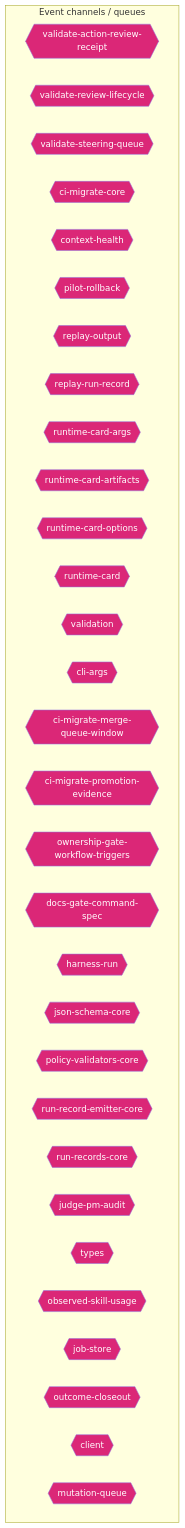
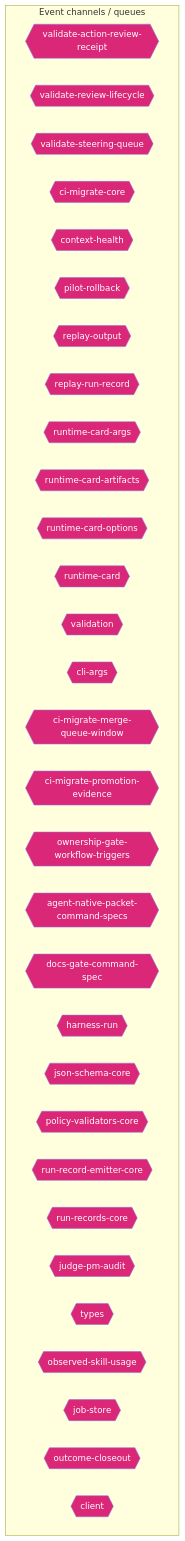
Before and after one commit to jscraik/coding-harness: the ninth of 14 diagrams in AI/context/diagram-context.md, drawn with Mermaid. The commit also changed other lines of this file and 2 other files, not shown here.

Commit message:
chore(diagram): refresh review architecture

````diff
--- a/AI/context/diagram-context.md
+++ b/AI/context/diagram-context.md
@@ -1846,38 +1852,38 @@
 ```mermaid
 flowchart TD
   subgraph Channels["Event channels / queues"]
     validate_action_review_receipt_fa2f06c3{{"validate-action-review-receipt"}}
     validate_review_lifecycle_0b410d1e{{"validate-review-lifecycle"}}
     validate_steering_queue_4bc0cc94{{"validate-steering-queue"}}
     ci_migrate_core_7005b5af{{"ci-migrate-core"}}
     context_health_80bb7da9{{"context-health"}}
     pilot_rollback_00c1f82c{{"pilot-rollback"}}
     replay_output_993eda9e{{"replay-output"}}
     replay_run_record_9a08cce2{{"replay-run-record"}}
     runtime_card_args_2b3d4b28{{"runtime-card-args"}}
     runtime_card_artifacts_143b799c{{"runtime-card-artifacts"}}
     runtime_card_options_c9156ad5{{"runtime-card-options"}}
     runtime_card_e06b53e1{{"runtime-card"}}
     validation_98c41dcd{{"validation"}}
     cli_args_1_6144b055{{"cli-args"}}
     ci_migrate_merge_queue_window_0070bd6d{{"ci-migrate-merge-queue-window"}}
     ci_migrate_promotion_evidence_1a2dc527{{"ci-migrate-promotion-evidence"}}
     ownership_gate_workflow_triggers_b60d2eab{{"ownership-gate-workflow-triggers"}}
+    agent_native_packet_command_specs_5e921752{{"agent-native-packet-command-specs"}}
     docs_gate_command_spec_16795187{{"docs-gate-command-spec"}}
     harness_run_c0761792{{"harness-run"}}
     json_schema_core_96d7e328{{"json-schema-core"}}
     policy_validators_core_714a3fe7{{"policy-validators-core"}}
     run_record_emitter_core_688049d5{{"run-record-emitter-core"}}
     run_records_core_89286dfa{{"run-records-core"}}
     judge_pm_audit_ccd20b35{{"judge-pm-audit"}}
     types_11_4be3ee64{{"types"}}
     observed_skill_usage_ed7d5930{{"observed-skill-usage"}}
     job_store_4ca3b42f{{"job-store"}}
     outcome_closeout_ba497ec2{{"outcome-closeout"}}
     client_948fe603{{"client"}}
-    mutation_queue_ce5a530e{{"mutation-queue"}}
   end
   classDef eventNode fill:#db2777,color:#fff
-  class validate_action_review_receipt_fa2f06c3,validate_review_lifecycle_0b410d1e,validate_steering_queue_4bc0cc94,ci_migrate_core_7005b5af,context_health_80bb7da9,pilot_rollback_00c1f82c,replay_output_993eda9e,replay_run_record_9a08cce2,runtime_card_args_2b3d4b28,runtime_card_artifacts_143b799c,runtime_card_options_c9156ad5,runtime_card_e06b53e1,validation_98c41dcd,cli_args_1_6144b055,ci_migrate_merge_queue_window_0070bd6d,ci_migrate_promotion_evidence_1a2dc527,ownership_gate_workflow_triggers_b60d2eab,docs_gate_command_spec_16795187,harness_run_c0761792,json_schema_core_96d7e328,policy_validators_core_714a3fe7,run_record_emitter_core_688049d5,run_records_core_89286dfa,judge_pm_audit_ccd20b35,types_11_4be3ee64,observed_skill_usage_ed7d5930,job_store_4ca3b42f,outcome_closeout_ba497ec2,client_948fe603,mutation_queue_ce5a530e eventNode
+  class validate_action_review_receipt_fa2f06c3,validate_review_lifecycle_0b410d1e,validate_steering_queue_4bc0cc94,ci_migrate_core_7005b5af,context_health_80bb7da9,pilot_rollback_00c1f82c,replay_output_993eda9e,replay_run_record_9a08cce2,runtime_card_args_2b3d4b28,runtime_card_artifacts_143b799c,runtime_card_options_c9156ad5,runtime_card_e06b53e1,validation_98c41dcd,cli_args_1_6144b055,ci_migrate_merge_queue_window_0070bd6d,ci_migrate_promotion_evidence_1a2dc527,ownership_gate_workflow_triggers_b60d2eab,agent_native_packet_command_specs_5e921752,docs_gate_command_spec_16795187,harness_run_c0761792,json_schema_core_96d7e328,policy_validators_core_714a3fe7,run_record_emitter_core_688049d5,run_records_core_89286dfa,judge_pm_audit_ccd20b35,types_11_4be3ee64,observed_skill_usage_ed7d5930,job_store_4ca3b42f,outcome_closeout_ba497ec2,client_948fe603 eventNode
 
 ```
````
